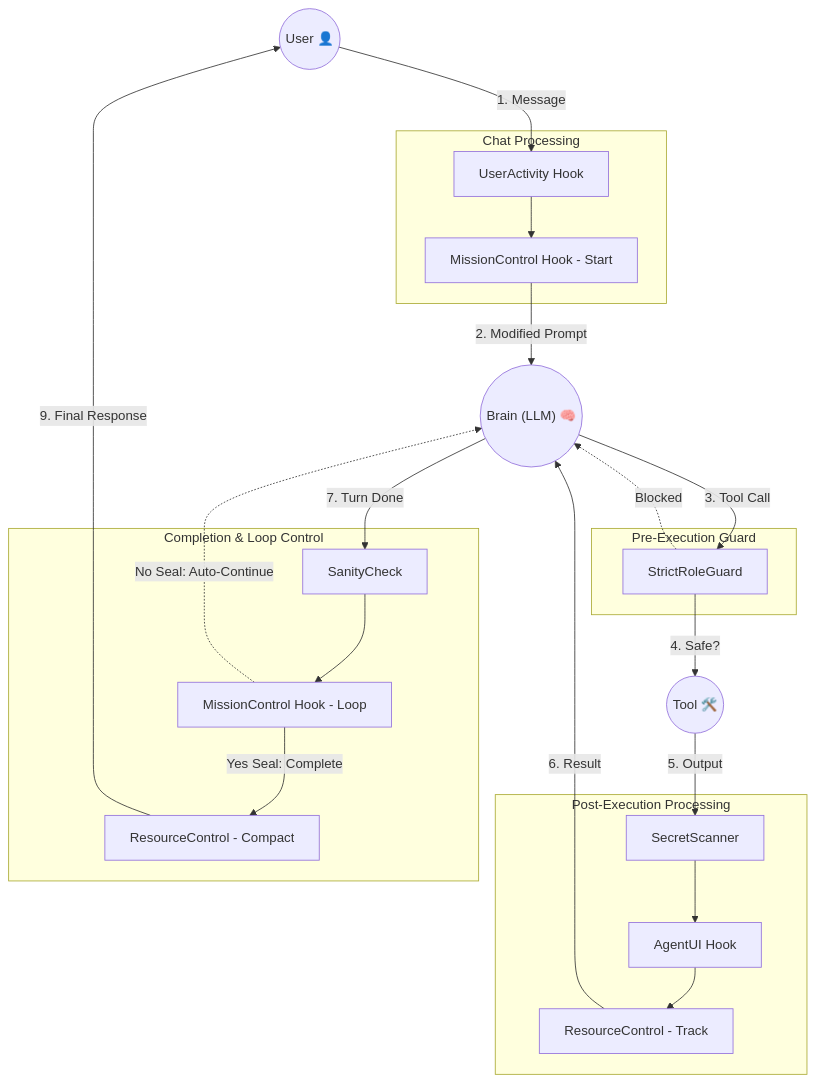
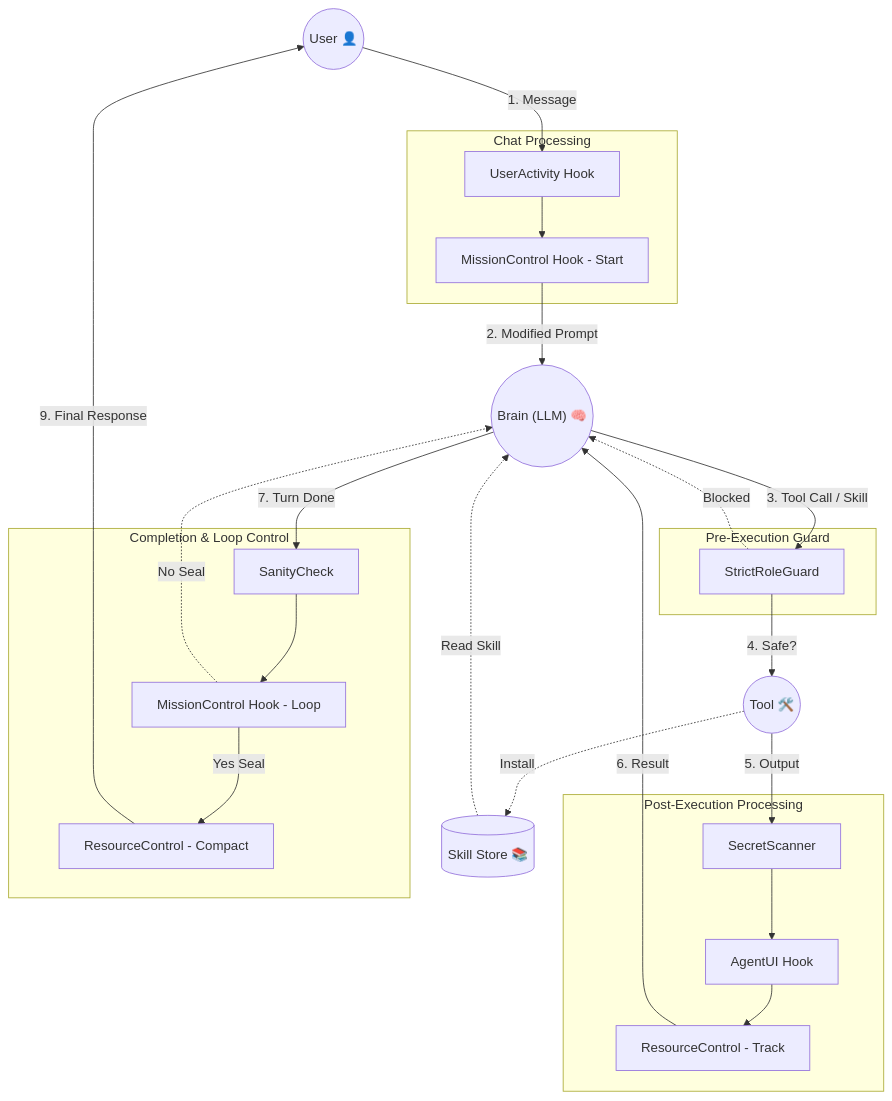
One commit to agnusdei1207/opencode-orchestrator changed the diagram in docs/SYSTEM_ARCHITECTURE.md. Above: the diagram before and after it, drawn with Mermaid. The commit also changed other lines of this file and 4 other files, not shown here.

````diff
--- a/docs/SYSTEM_ARCHITECTURE.md
+++ b/docs/SYSTEM_ARCHITECTURE.md
@@ -87,53 +92,57 @@
 ```mermaid
 graph TD
     %% Nodes
     User(("User 👤"))
     LLM(("Brain (LLM) 🧠"))
     Tool(("Tool 🛠️"))
+    SkillStore[("Skill Store 📚")]
     
     %% 1. Chat Processing
     subgraph Chat_Processing [Chat Processing]
         UserAct[UserActivity Hook]
         MissionChat[MissionControl Hook - Start]
     end
 
     %% 2. Pre-Execution
     subgraph Pre_Execution [Pre-Execution Guard]
         RoleGuard[StrictRoleGuard]
     end
 
     %% 3. Post-Execution
     subgraph Post_Execution [Post-Execution Processing]
         Scanner[SecretScanner]
         UI[AgentUI Hook]
         Resource[ResourceControl - Track]
     end
 
     %% 4. Completion
     subgraph Completion [Completion & Loop Control]
         Sanity[SanityCheck]
         MissionDone[MissionControl Hook - Loop]
         ResourceComp[ResourceControl - Compact]
     end
 
     %% Flow Connections
     User -->|1. Message| UserAct
     UserAct --> MissionChat
     MissionChat -->|2. Modified Prompt| LLM
     
-    LLM -->|3. Tool Call| RoleGuard
+    LLM -->|3. Tool Call / Skill| RoleGuard
     RoleGuard -->|4. Safe?| Tool
     RoleGuard -.->|Blocked| LLM
+    
+    Tool -.->|Install| SkillStore
+    SkillStore -.->|Read Skill| LLM
     
     Tool -->|5. Output| Scanner
     Scanner --> UI
     UI --> Resource
     Resource -->|6. Result| LLM
     
     LLM -->|7. Turn Done| Sanity
     Sanity --> MissionDone
     
-    MissionDone -.->|No Seal: Auto-Continue| LLM
-    MissionDone -->|Yes Seal: Complete| ResourceComp
+    MissionDone -.->|No Seal| LLM
+    MissionDone -->|Yes Seal| ResourceComp
     ResourceComp -->|9. Final Response| User
 ```
````
